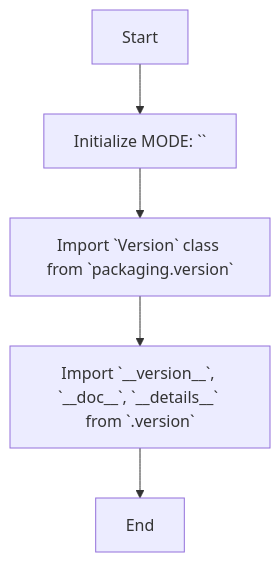
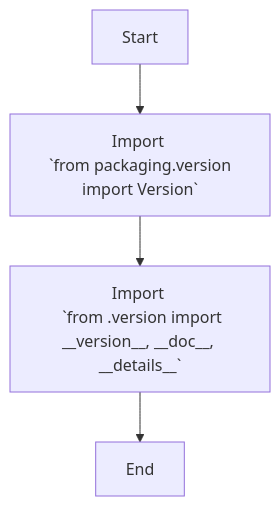
The diagram in docs/gemini/ru/explainer/src/webdriver/chrome/extentions/__init__.py.md (hypo69/hypo), drawn with Mermaid before and after one commit. The commit also changed other lines of this file and 1300 other files, not shown here.

````diff
--- a/docs/gemini/ru/explainer/src/webdriver/chrome/extentions/__init__.py.md
+++ b/docs/gemini/ru/explainer/src/webdriver/chrome/extentions/__init__.py.md
@@ -21,7 +14,6 @@
 ```mermaid
 flowchart TD
-    Start --> MODE_Initialization[Initialize MODE: ``]
-    MODE_Initialization --> Import_Version_Class[Import `Version` class from `packaging.version`]
-    Import_Version_Class --> Import_From_Version_Module[Import `__version__`, `__doc__`, `__details__` from `.version`]
-    Import_From_Version_Module --> End
+    Start --> ImportVersion[Import <br> `from packaging.version import Version`]
+    ImportVersion --> ImportVersionInfo[Import <br>  `from .version import __version__, __doc__, __details__`]
+    ImportVersionInfo --> End
 ```
````
